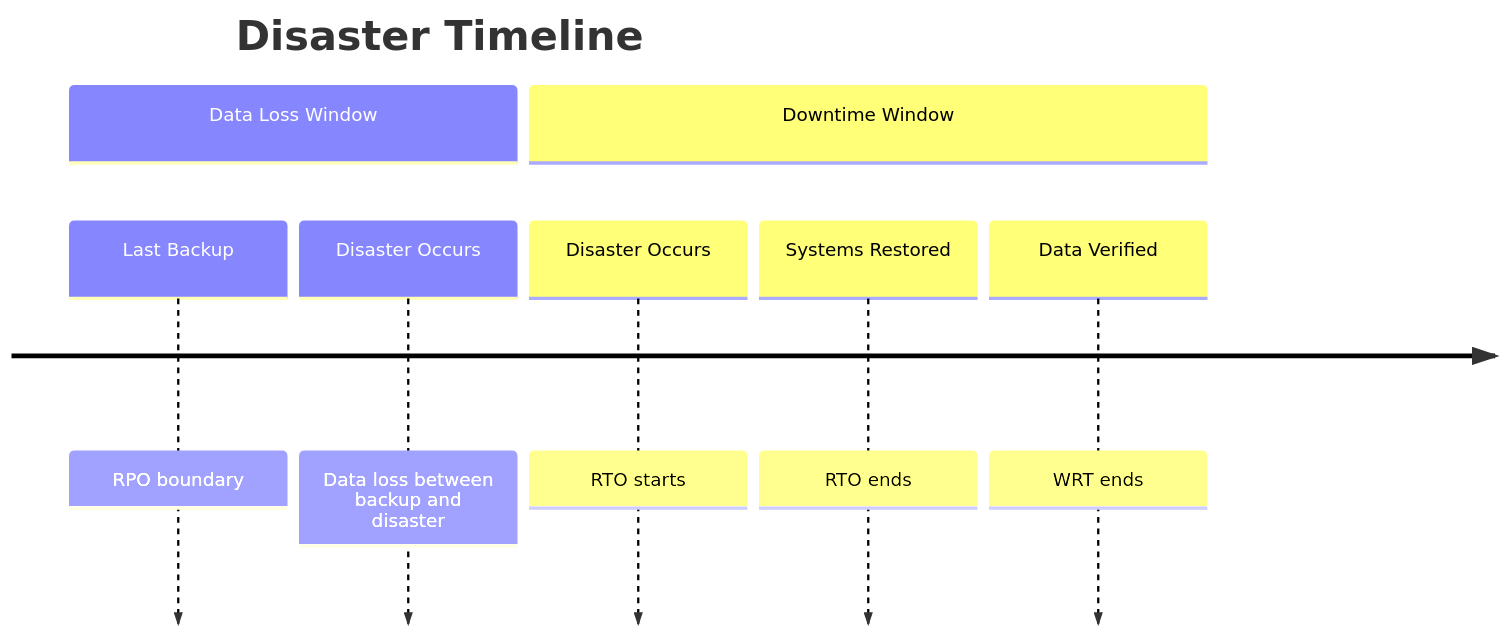
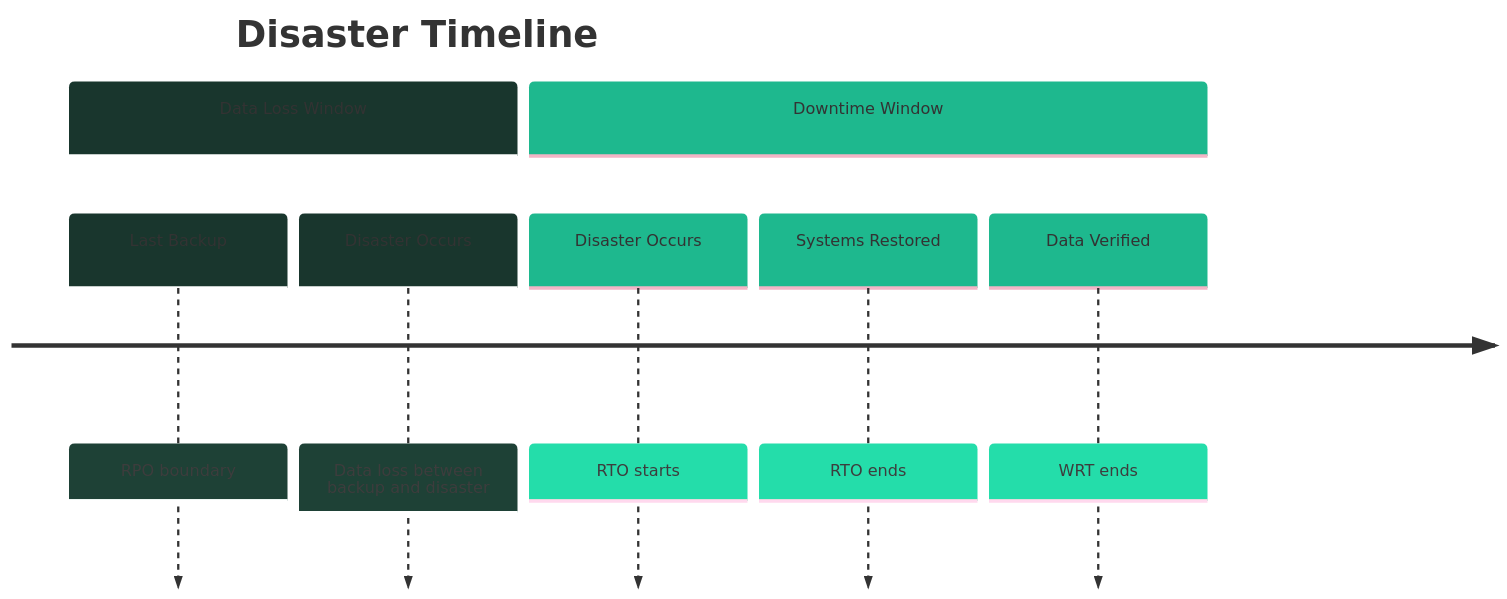
Before and after one commit to oat431/swe-knowledge: the second of 6 diagrams in software-engineering-note/06_Software_Engineering_Operations/07_Capacity_and_Disaster_Recovery.md, drawn with Mermaid. The commit also changed other lines of this file and 31 other files, not shown here.

````diff
--- a/software-engineering-note/06_Software_Engineering_Operations/07_Capacity_and_Disaster_Recovery.md
+++ b/software-engineering-note/06_Software_Engineering_Operations/07_Capacity_and_Disaster_Recovery.md
@@ -225,11 +226,12 @@
 ```mermaid
+%%{init: {'theme':'base','themeVariables':{'background':'#1B1717','titleColor':'#1FB854','lineColor':'#1FB854','cScale0':'#19362D','cScale1':'#1EB88E','cScale2':'#1FB8AB','cScale3':'#00B5FF','timelineEventColor':'#1FB854','timelineEventTextColor':'#000000','timelineLabelColor':'#CAC9C9','fontSize':'14px'}}}%%
 timeline
     title Disaster Timeline
     section Data Loss Window
         Last Backup : RPO boundary
         Disaster Occurs : Data loss between backup and disaster
     section Downtime Window
         Disaster Occurs : RTO starts
         Systems Restored : RTO ends
         Data Verified : WRT ends
 ```
````
